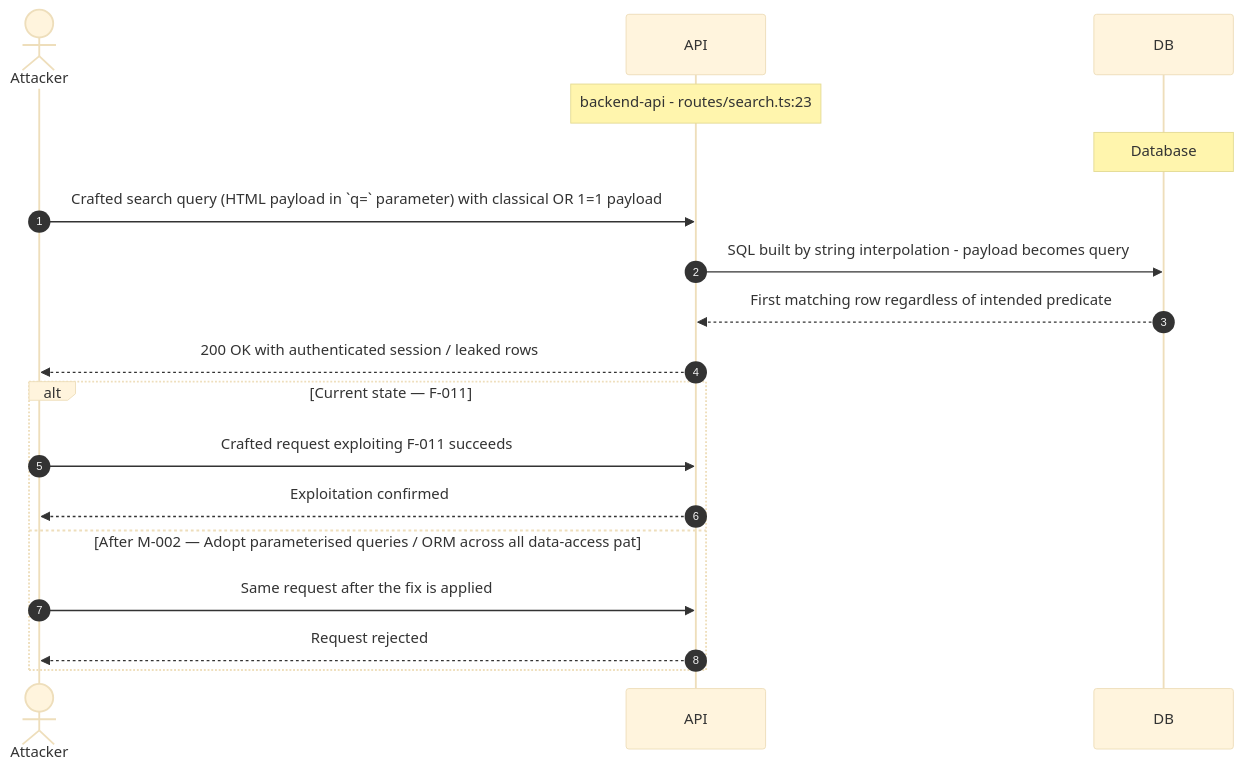
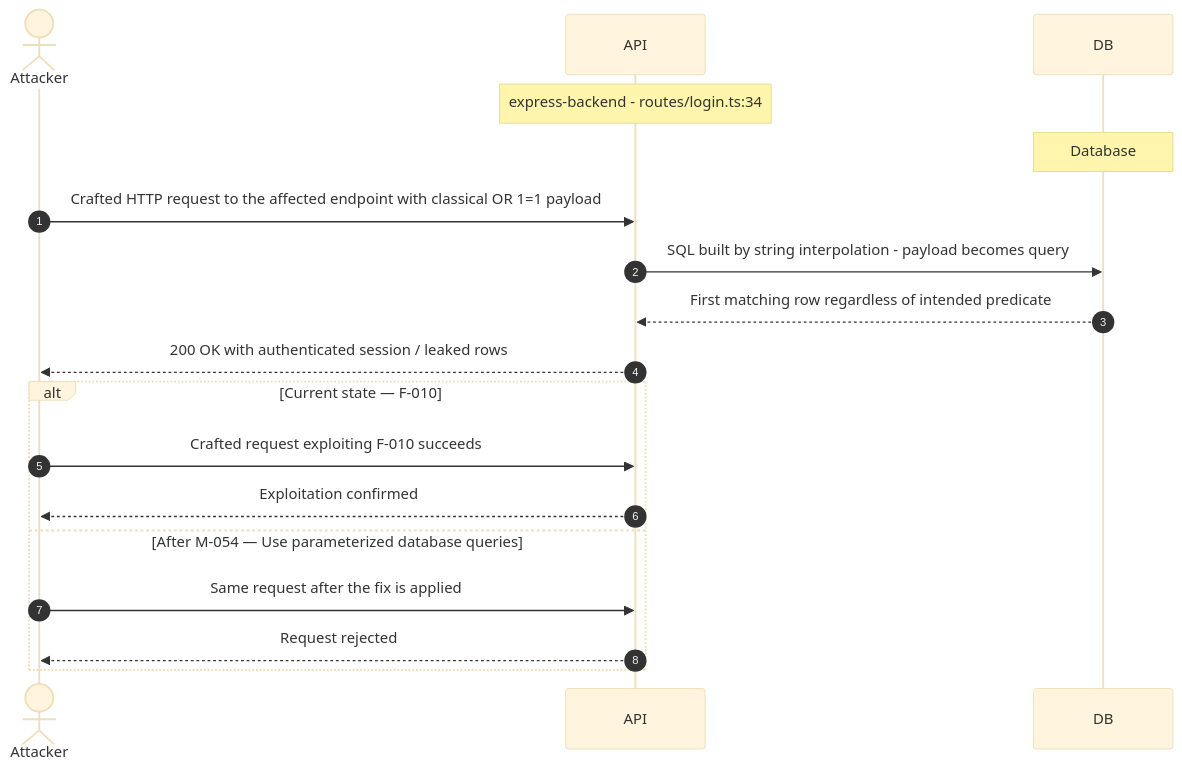
One commit to appsec-foundry/appsec-advisor changed diagram 14 of 28 in examples/threat-modeler/threat-model-juice-shop-standard.md. Above: the diagram before and after it, drawn with Mermaid (base theme). The commit also changed other lines of this file and 12 other files, not shown here.

````diff
--- a/examples/threat-modeler/threat-model-juice-shop-standard.md
+++ b/examples/threat-modeler/threat-model-juice-shop-standard.md
@@ -823,20 +777,20 @@
 ```mermaid
 sequenceDiagram
     autonumber
     actor Attacker
     participant API
     participant DB
-    Note over API: backend-api - routes/search.ts:23
+    Note over API: express-backend - routes/login.ts:34
     Note over DB: Database
-    Attacker->>API: Crafted search query (HTML payload in `q=` parameter) with classical OR 1=1 payload
+    Attacker->>API: Crafted HTTP request to the affected endpoint with classical OR 1=1 payload
     API->>DB: SQL built by string interpolation - payload becomes query
     DB-->>API: First matching row regardless of intended predicate
     API-->>Attacker: 200 OK with authenticated session / leaked rows
-    alt Current state — F-011
-        Attacker->>API: Crafted request exploiting F-011 succeeds
+    alt Current state — F-010
+        Attacker->>API: Crafted request exploiting F-010 succeeds
         API-->>Attacker: Exploitation confirmed
-    else After M-002 — Adopt parameterised queries / ORM across all data-access pat
+    else After M-054 — Use parameterized database queries
         Attacker->>API: Same request after the fix is applied
         API-->>Attacker: Request rejected
     end
 ```
````
